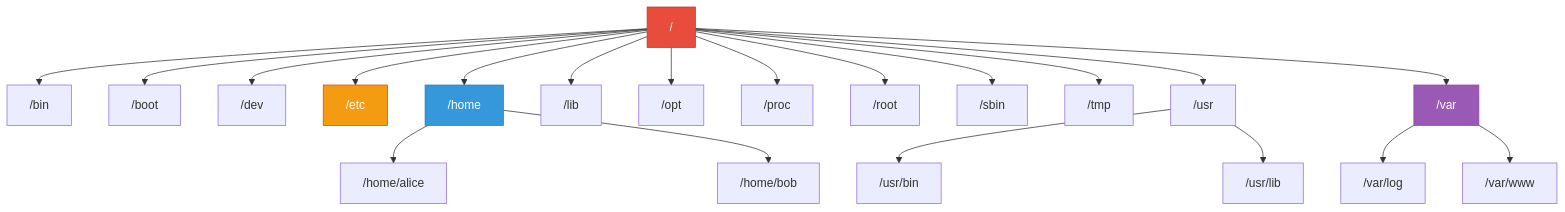
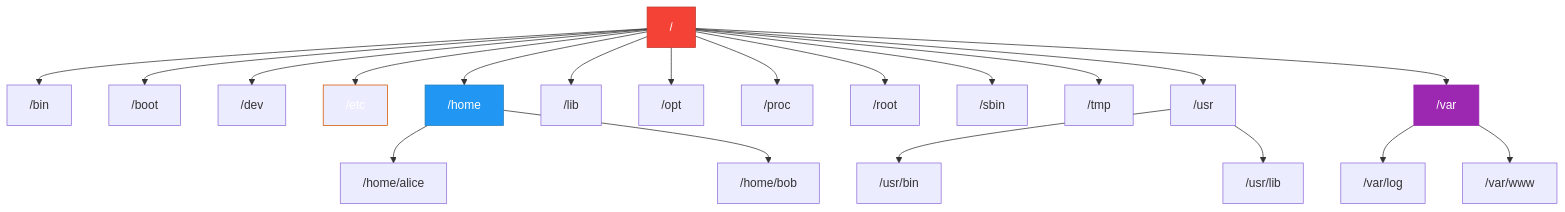
Before and after one commit to VBlackJack/ShellBook: the first of 2 diagrams in docs/formations/linux-mastery/02-navigation.md, drawn with Mermaid. The commit also changed other lines of this file and 337 other files, not shown here.

First line of the commit message:
refactor(docs): Standardize code blocks and Mermaid colors

````diff
--- a/docs/formations/linux-mastery/02-navigation.md
+++ b/docs/formations/linux-mastery/02-navigation.md
@@ -34,30 +34,30 @@
 ```mermaid
 graph TD
     ROOT["/"] --> BIN["/bin"]
     ROOT --> BOOT["/boot"]
     ROOT --> DEV["/dev"]
     ROOT --> ETC["/etc"]
     ROOT --> HOME["/home"]
     ROOT --> LIB["/lib"]
     ROOT --> OPT["/opt"]
     ROOT --> PROC["/proc"]
     ROOT --> ROOT2["/root"]
     ROOT --> SBIN["/sbin"]
     ROOT --> TMP["/tmp"]
     ROOT --> USR["/usr"]
     ROOT --> VAR["/var"]
 
     HOME --> USER1["/home/alice"]
     HOME --> USER2["/home/bob"]
 
     VAR --> LOG["/var/log"]
     VAR --> WWW["/var/www"]
 
     USR --> USRBIN["/usr/bin"]
     USR --> USRLIB["/usr/lib"]
 
-    style ROOT fill:#e74c3c,stroke:#c0392b,color:#fff
-    style HOME fill:#3498db,stroke:#2980b9,color:#fff
-    style ETC fill:#f39c12,stroke:#d35400,color:#fff
-    style VAR fill:#9b59b6,stroke:#8e44ad,color:#fff
+    style ROOT fill:#f44336,stroke:#c0392b,color:#fff
+    style HOME fill:#2196F3,stroke:#2980b9,color:#fff
+    style ETC fill:#FF9800800800,stroke:#d35400,color:#fff
+    style VAR fill:#9C27B0,stroke:#9C27B0,color:#fff
 ```
````
